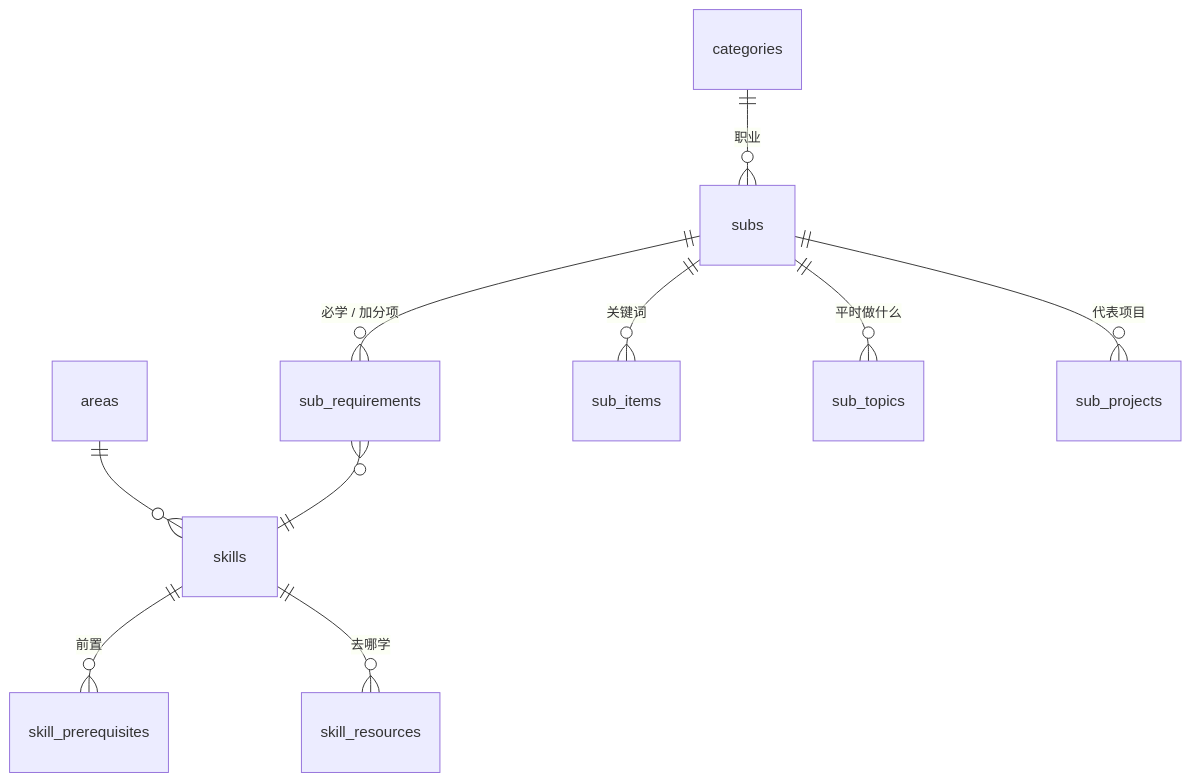
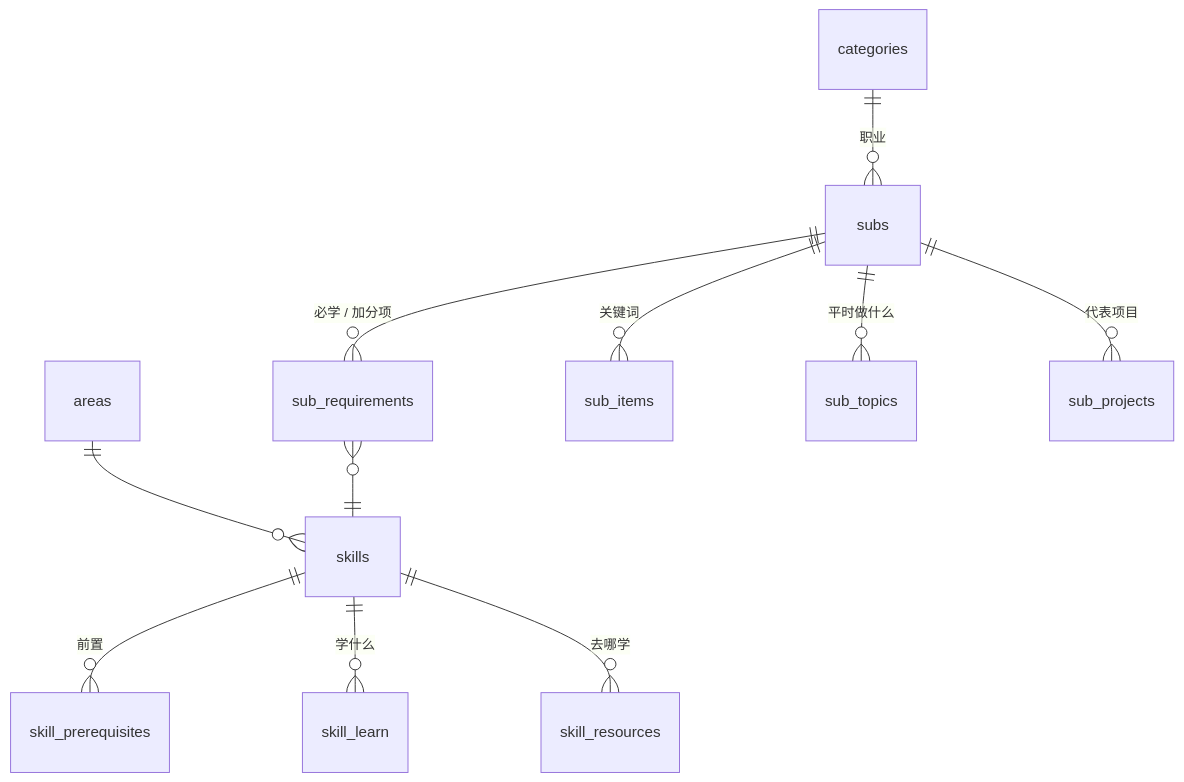
Before and after one commit to theowang42/cs-skill-tree: the diagram in docs/ARCHITECTURE.md, drawn with Mermaid. The commit also changed other lines of this file and 220 other files, not shown here.

````diff
--- a/docs/ARCHITECTURE.md
+++ b/docs/ARCHITECTURE.md
@@ -42,12 +42,13 @@
 ```mermaid
 erDiagram
   areas ||--o{ skills : ""
   skills ||--o{ skill_prerequisites : "前置"
+  skills ||--o{ skill_learn : "学什么"
   skills ||--o{ skill_resources : "去哪学"
   categories ||--o{ subs : "职业"
   subs ||--o{ sub_requirements : "必学 / 加分项"
   sub_requirements }o--|| skills : ""
   subs ||--o{ sub_items : "关键词"
   subs ||--o{ sub_topics : "平时做什么"
   subs ||--o{ sub_projects : "代表项目"
 ```
````
